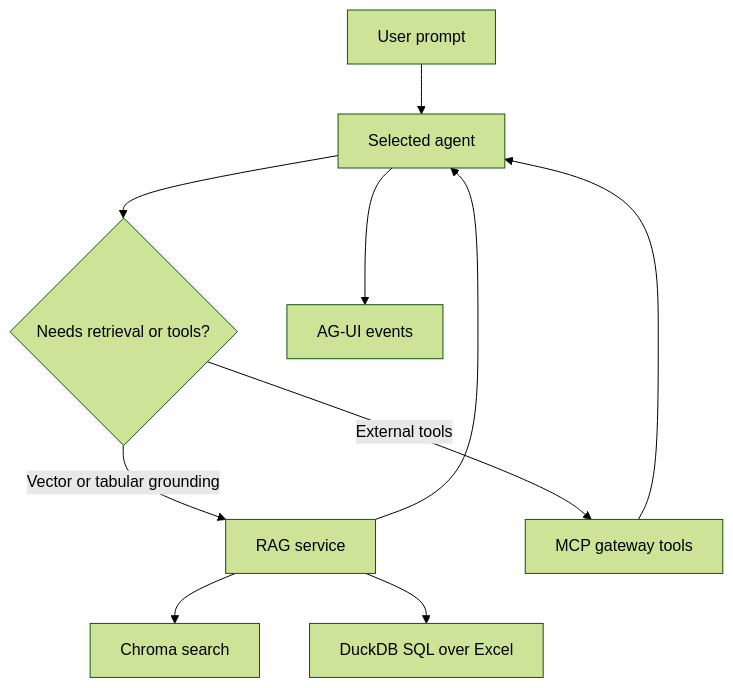
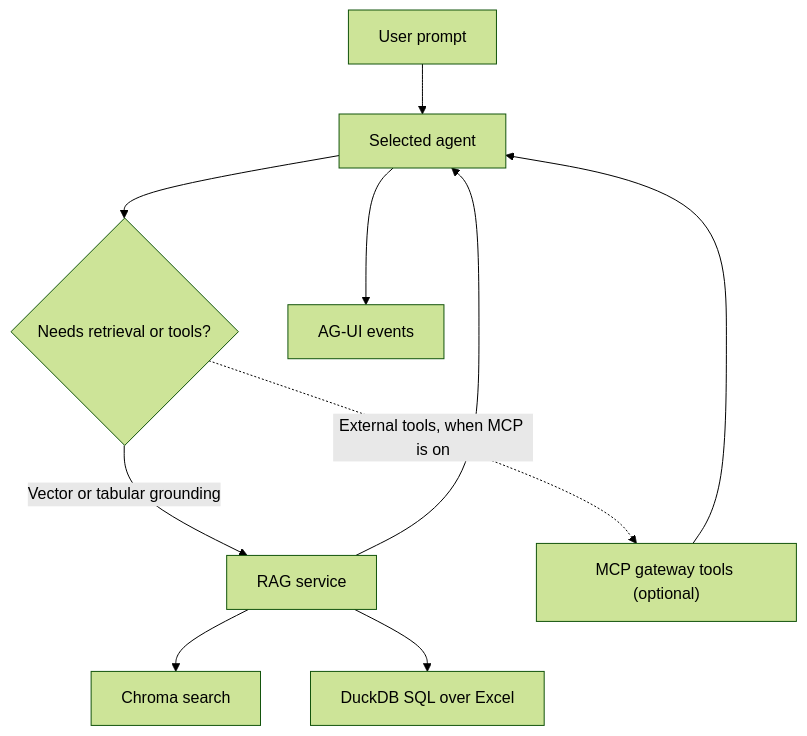
One commit to konstantinosmpouros/mAgenticX changed the fourth of 9 diagrams in README.md. Above: the diagram before and after it, drawn with Mermaid (forest theme). The commit also changed other lines of this file and 31 other files, not shown here.

````diff
--- a/README.md
+++ b/README.md
@@ -147,21 +147,21 @@
 ```mermaid
 flowchart TD
     Prompt["User prompt"]
     Agent["Selected agent"]
     Decide{"Needs retrieval or tools?"}
     RAG["RAG service"]
-    MCP["MCP gateway tools"]
+    MCP["MCP gateway tools (optional)"]
     Chroma["Chroma search"]
     DuckDB["DuckDB SQL over Excel"]
     Stream["AG-UI events"]
 
     Prompt --> Agent
     Agent --> Decide
     Decide -->|Vector or tabular grounding| RAG
-    Decide -->|External tools| MCP
+    Decide -.->|External tools, when MCP is on| MCP
     RAG --> Chroma
     RAG --> DuckDB
     RAG --> Agent
     MCP --> Agent
     Agent --> Stream
 ```
````
